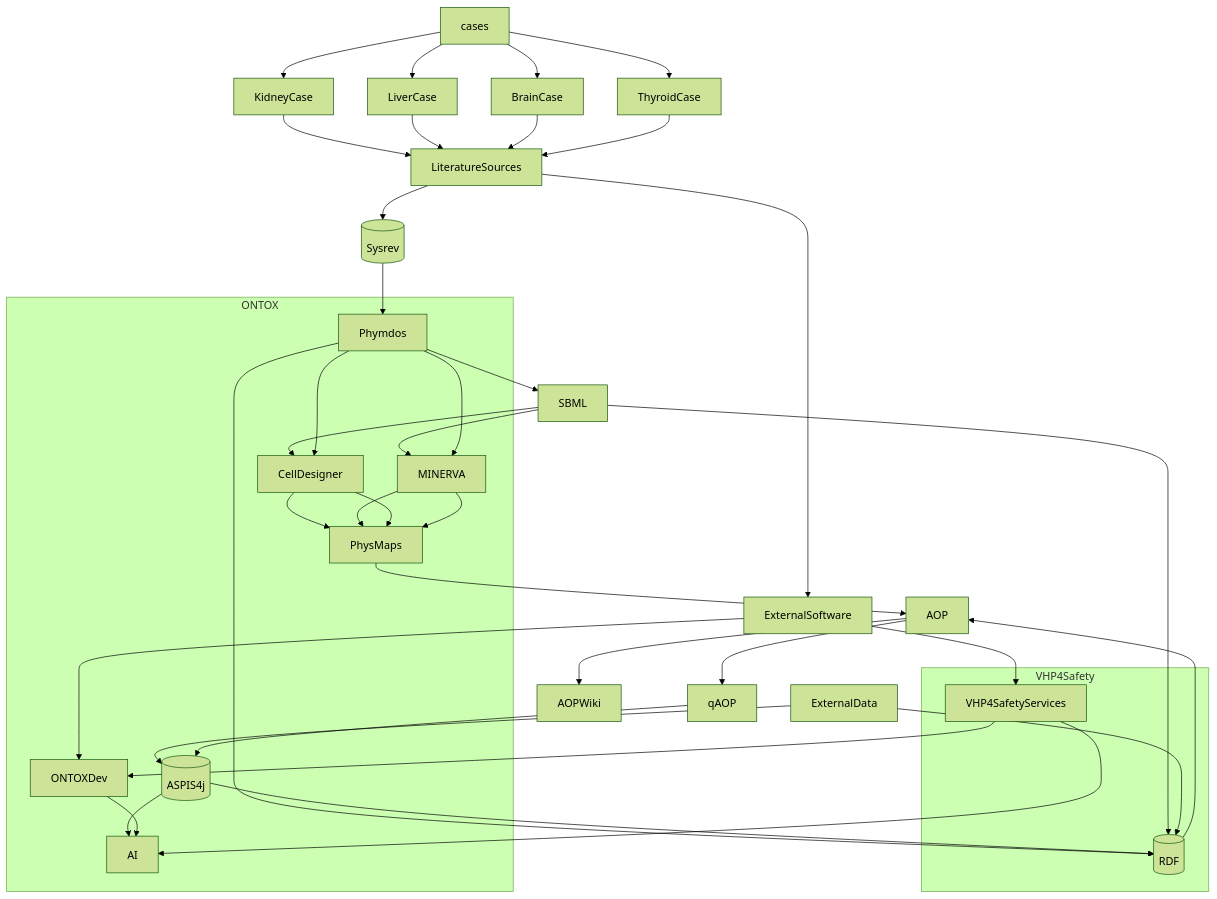
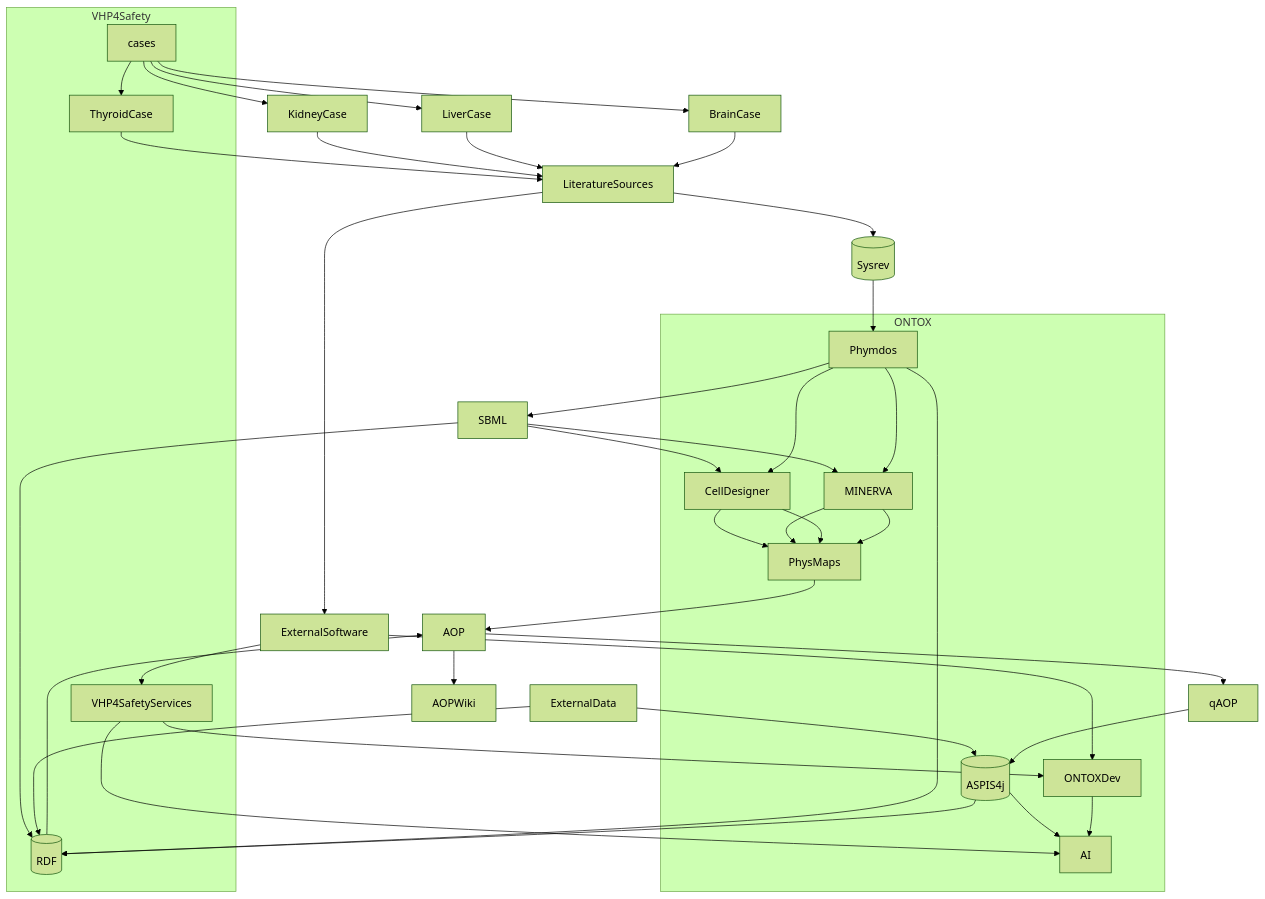
One commit to ontox-hu/workflows changed the diagram in ONTOX-vs-VHP4Safety.md. Above: the diagram before and after it, drawn with Mermaid (forest theme).

````diff
--- a/ONTOX-vs-VHP4Safety.md
+++ b/ONTOX-vs-VHP4Safety.md
@@ -1,61 +1,62 @@
 ```mermaid
 flowchart TB
 
     cases-->KidneyCase
     cases-->LiverCase
     cases-->BrainCase
-    cases-->ThyroidCase 
+    
     KidneyCase-->LiteratureSources
     LiverCase-->LiteratureSources
     BrainCase-->LiteratureSources
     ThyroidCase-->LiteratureSources
     LiteratureSources-->Sysrev[(Sysrev)]
     Sysrev[(Sysrev)]-->Phymdos
     Phymdos-->SBML
     SBML-->CellDesigner
     SBML-->MINERVA
     SBML-->RDF[(RDF)]
     CellDesigner-->PhysMaps
     MINERVA-->PhysMaps
     PhysMaps-->AOP
  
  %%%%%%%%%%%%%%%%%%%%%%%%%%%%%%%
  
     subgraph ONTOX
     
     ONTOXDev
     Phymdos-->MINERVA
     Phymdos-->CellDesigner
     CellDesigner-->PhysMaps
     MINERVA-->PhysMaps
     ASPIS4j[(ASPIS4j)]-->AI
     
     end
  
  %%%%%%%%%%%%%%%%%%%%%%%%%%%%%%%%
  
     subgraph VHP4Safety
     
+    cases-->ThyroidCase 
     Phymdos-->RDF[(RDF)]
     VHP4SafetyServices
     VHP4SafetyServices-->AI
     ONTOXDev-->AI
     
     end
     
  %%%%%%%%%%%%%%%%%%%%%%%%%%%%%%%%%%
  
     RDF[(RDF)]-->AOP
     AOP-->AOPWiki
     VHP4SafetyServices-->ONTOXDev
     AOP-->qAOP
     LiteratureSources-->ExternalSoftware
     ExternalSoftware-->VHP4SafetyServices
     ExternalSoftware-->ONTOXDev
     ExternalData-->ASPIS4j[(ASPIS4j)]
     qAOP-->ASPIS4j[(ASPIS4j)]
     ASPIS4j[(ASPIS4j)]-->RDF[(RDF)]
     ExternalData-->RDF[(RDF)]
     
     
 ```
````
